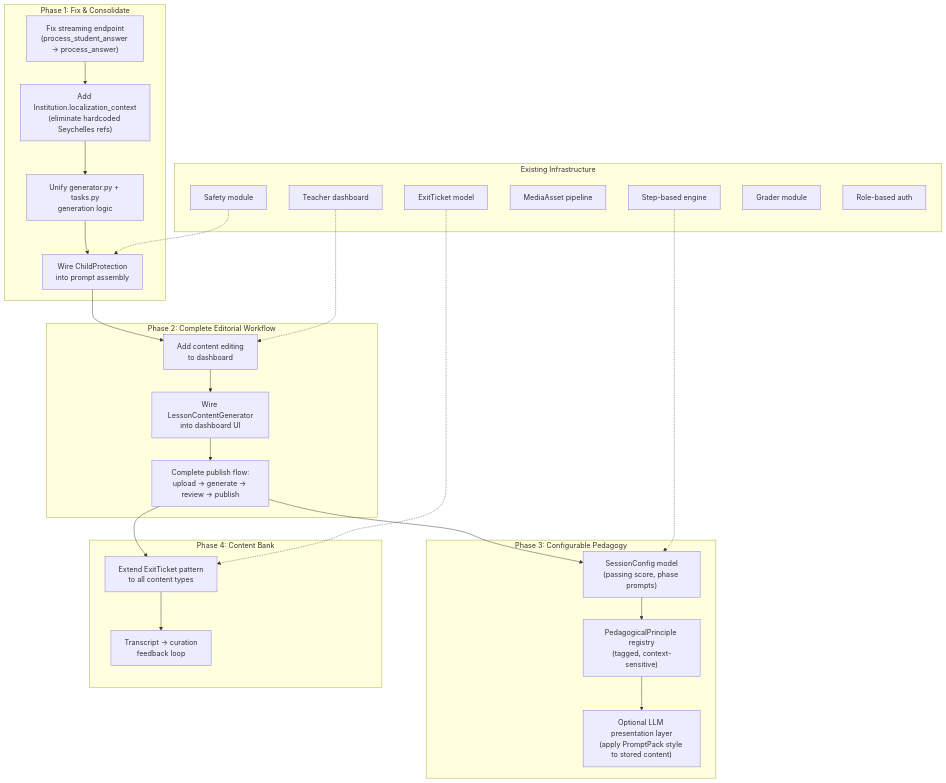
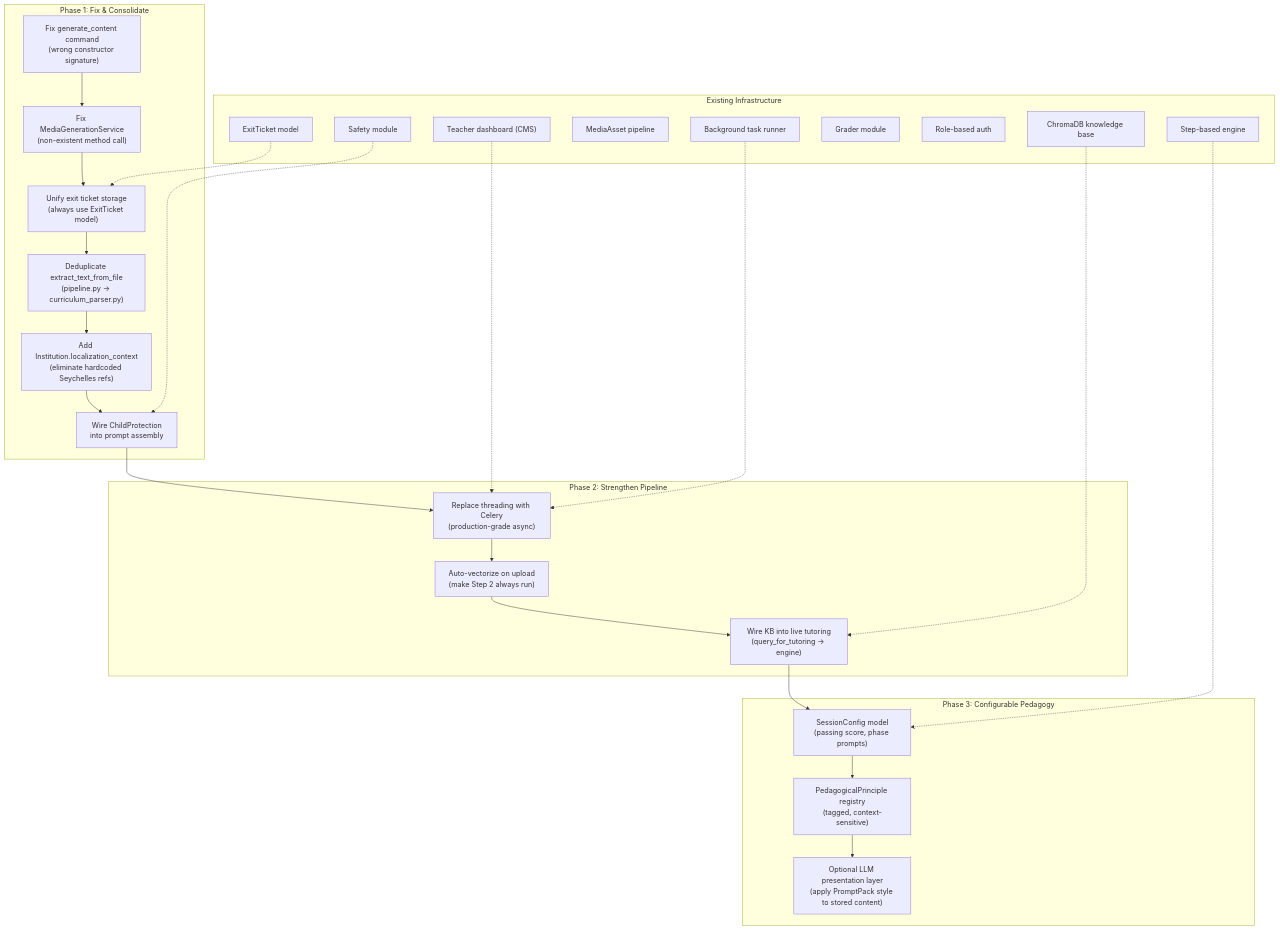
The fifth of 5 diagrams in design/SYSTEM_ARCHITECTURE.md (eai6/ai-tutor), drawn with Mermaid before and after one commit. The commit also changed other lines of this file, not shown here.

First line of the commit message:
Rewrite system architecture doc for current codebase (1ae99b8)

````diff
--- a/design/SYSTEM_ARCHITECTURE.md
+++ b/design/SYSTEM_ARCHITECTURE.md
@@ -485,56 +630,46 @@
 ```mermaid
 flowchart TD
     subgraph "Phase 1: Fix & Consolidate"
-        FIX_STREAM["Fix streaming endpoint\n(process_student_answer → process_answer)"]
+        FIX_CMD["Fix generate_content command\n(wrong constructor signature)"]
+        FIX_MEDIA["Fix MediaGenerationService\n(non-existent method call)"]
+        FIX_EXIT["Unify exit ticket storage\n(always use ExitTicket model)"]
+        DEDUP["Deduplicate extract_text_from_file\n(pipeline.py → curriculum_parser.py)"]
         LOC["Add Institution.localization_context\n(eliminate hardcoded Seychelles refs)"]
-        UNIFY["Unify generator.py + tasks.py\ngeneration logic"]
         WIRE_SAFETY["Wire ChildProtection\ninto prompt assembly"]
     end
 
-    subgraph "Phase 2: Complete Editorial Workflow"
-        EDIT_UI["Add content editing\nto dashboard"]
-        GEN_BTN["Wire LessonContentGenerator\ninto dashboard UI"]
-        PUBLISH["Complete publish flow:\nupload → generate → review → publish"]
+    subgraph "Phase 2: Strengthen Pipeline"
+        CELERY["Replace threading with Celery\n(production-grade async)"]
+        VECTORIZE_AUTO["Auto-vectorize on upload\n(make Step 2 always run)"]
+        KB_LIVE["Wire KB into live tutoring\n(query_for_tutoring → engine)"]
     end
 
     subgraph "Phase 3: Configurable Pedagogy"
         SCONFIG["SessionConfig model\n(passing score, phase prompts)"]
         PRINC["PedagogicalPrinciple registry\n(tagged, context-sensitive)"]
         PRES_LAYER["Optional LLM presentation layer\n(apply PromptPack style to stored content)"]
     end
 
-    subgraph "Phase 4: Content Bank"
-        CONTENT_MODEL["Extend ExitTicket pattern\nto all content types"]
-        FEEDBACK["Transcript → curation\nfeedback loop"]
-    end
-
-    FIX_STREAM --> LOC
-    LOC --> UNIFY
-    UNIFY --> WIRE_SAFETY
-
-    WIRE_SAFETY --> EDIT_UI
-    EDIT_UI --> GEN_BTN
-    GEN_BTN --> PUBLISH
-
-    PUBLISH --> SCONFIG
-    SCONFIG --> PRINC
-    PRINC --> PRES_LAYER
-
-    PUBLISH --> CONTENT_MODEL
-    CONTENT_MODEL --> FEEDBACK
+    FIX_CMD --> FIX_MEDIA --> FIX_EXIT --> DEDUP --> LOC --> WIRE_SAFETY
+    WIRE_SAFETY --> CELERY --> VECTORIZE_AUTO --> KB_LIVE
+    KB_LIVE --> SCONFIG --> PRINC --> PRES_LAYER
 
     subgraph "Existing Infrastructure"
         ET["ExitTicket model"]
-        DASH["Teacher dashboard"]
+        DASH["Teacher dashboard (CMS)"]
         ENGINE["Step-based engine"]
         MEDIA["MediaAsset pipeline"]
         SAFETY["Safety module"]
         GRADER["Grader module"]
         AUTH["Role-based auth"]
+        KB["ChromaDB knowledge base"]
+        BG["Background task runner"]
     end
 
-    ET -.-> CONTENT_MODEL
-    DASH -.-> EDIT_UI
+    ET -.-> FIX_EXIT
+    DASH -.-> CELERY
     ENGINE -.-> SCONFIG
     SAFETY -.-> WIRE_SAFETY
+    KB -.-> KB_LIVE
+    BG -.-> CELERY
 ```
````
